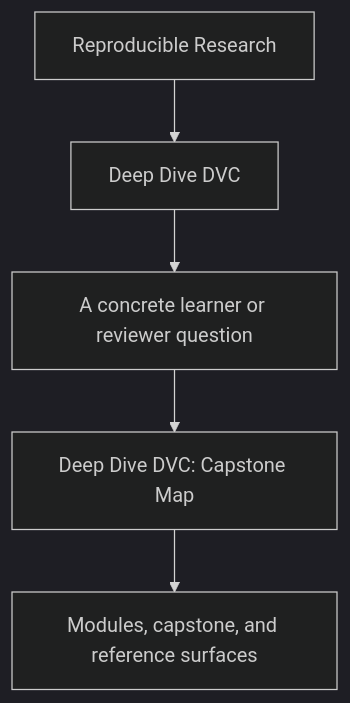
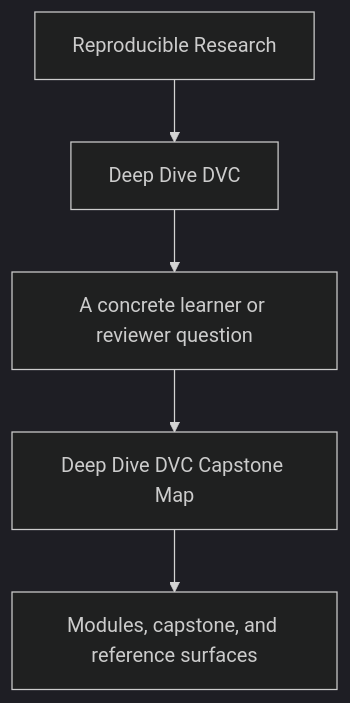
Before and after one commit to bijux/bijux-masterclass: the first of 2 diagrams in programs/reproducible-research/deep-dive-dvc/course-book/capstone/capstone-map.md, drawn with Mermaid (dark theme). The commit also changed other lines of this file, not shown here.

Commit message:
docs(deep-dive-dvc): route capstone entry by module and question

````diff
--- a/programs/reproducible-research/deep-dive-dvc/course-book/capstone/capstone-map.md
+++ b/programs/reproducible-research/deep-dive-dvc/course-book/capstone/capstone-map.md
@@ -9,7 +6,7 @@
 ```mermaid
 flowchart TD
   family["Reproducible Research"] --> program["Deep Dive DVC"]
   program --> pressure["A concrete learner or reviewer question"]
-  pressure --> guide["Deep Dive DVC: Capstone Map"]
+  pressure --> guide["Deep Dive DVC Capstone Map"]
   guide --> next["Modules, capstone, and reference surfaces"]
 ```
````
